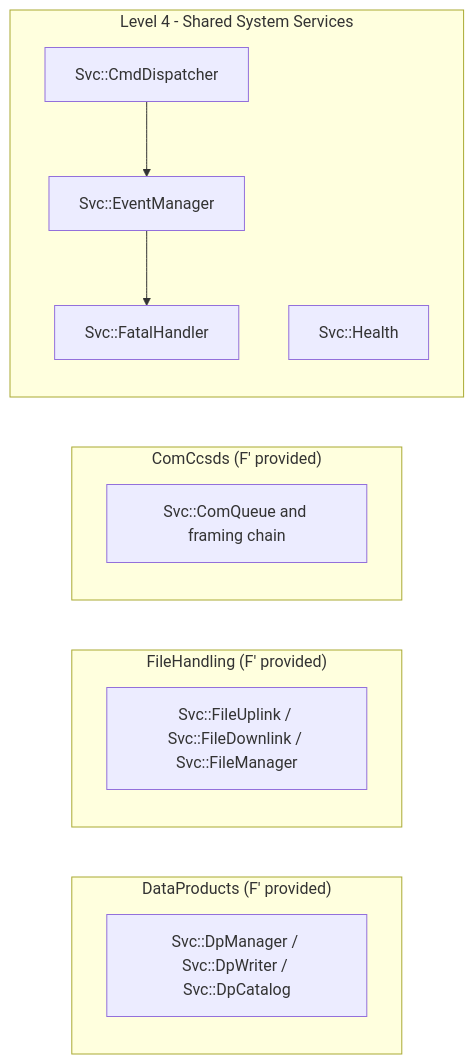
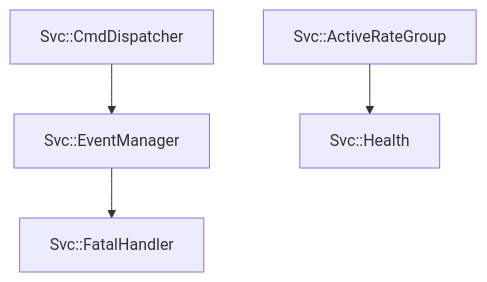
Before and after one commit to UWCubeSat/hs2-software-design: the fifth of 6 diagrams in docs/Reference/Introduction/SubtopologyDecomposition.qmd, drawn with Mermaid. The commit also changed other lines of this file and 64 other files, not shown here.

````diff
--- a/docs/Reference/Introduction/SubtopologyDecomposition.qmd
+++ b/docs/Reference/Introduction/SubtopologyDecomposition.qmd
@@ -80,31 +75,11 @@
 ```{mermaid}
 flowchart TB
-    subgraph SYS["Level 4 - Shared System Services"]
-        direction TB
-        Cmd["Svc::CmdDispatcher"]
-        Events["Svc::EventManager"]
-        Health["Svc::Health"]
-        Fatal["Svc::FatalHandler"]
-        Cmd --> Events
-        Events --> Fatal
-    end
-
-    subgraph CCSDS["ComCcsds (F' provided)"]
-        direction TB
-        ComQueue["Svc::ComQueue and framing chain"]
-    end
-
-    subgraph FH["FileHandling (F' provided)"]
-        direction TB
-        FileIO["Svc::FileUplink / Svc::FileDownlink / Svc::FileManager"]
-    end
-
-    subgraph DP["DataProducts (F' provided)"]
-        direction TB
-        Dp["Svc::DpManager / Svc::DpWriter / Svc::DpCatalog"]
-    end
-
-    SYS ~~~ CCSDS
-    CCSDS ~~~ FH
-    FH ~~~ DP
+    Cmd["Svc::CmdDispatcher"]
+    Events["Svc::EventManager"]
+    Health["Svc::Health"]
+    Fatal["Svc::FatalHandler"]
+    Rate["Svc::ActiveRateGroup"]
+    Cmd --> Events
+    Events --> Fatal
+    Rate --> Health
 ```
````
